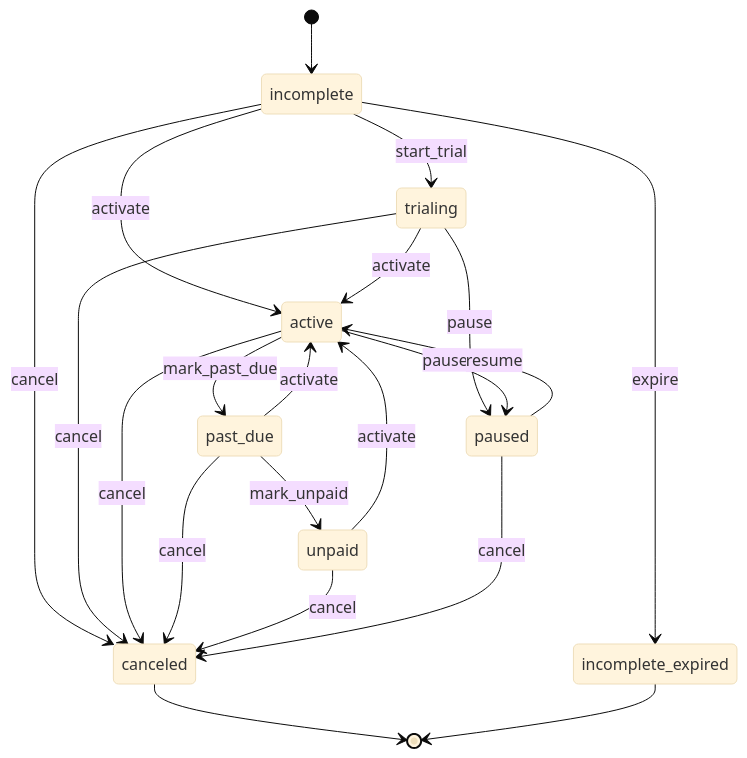
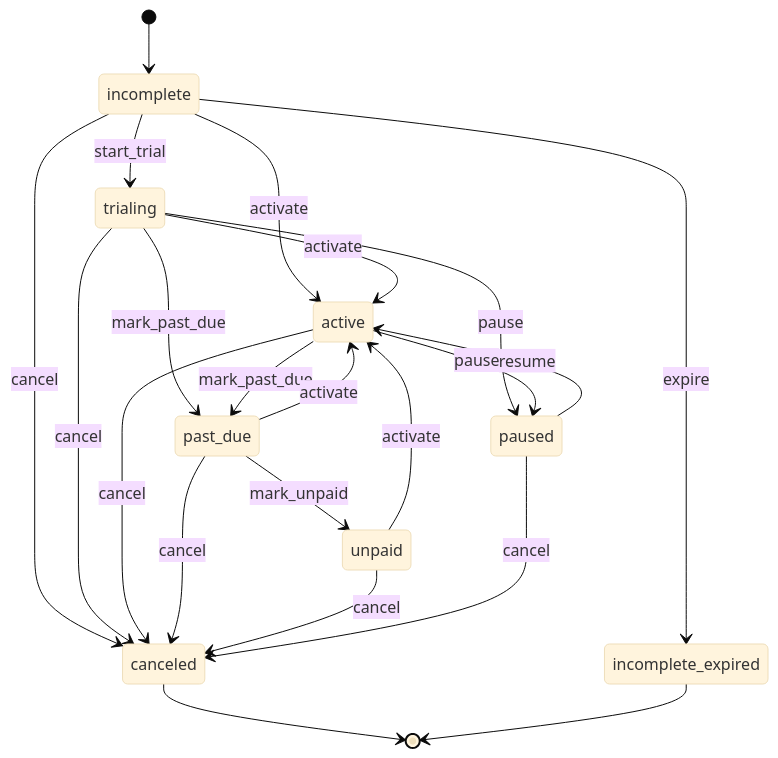
One commit to akira-io/payable changed the first of 4 diagrams in docs/domain/07-state-machines.md. Above: the diagram before and after it, drawn with Mermaid (base theme). The commit also changed other lines of this file, not shown here.

Commit message:
docs(states): document the trialing to past_due transition

````diff
--- a/docs/domain/07-state-machines.md
+++ b/docs/domain/07-state-machines.md
@@ -78,23 +79,24 @@
 ```mermaid
 stateDiagram-v2
   [*] --> incomplete
   incomplete --> trialing: start_trial
   incomplete --> active: activate
   incomplete --> incomplete_expired: expire
   incomplete --> canceled: cancel
   trialing --> active: activate
+  trialing --> past_due: mark_past_due
   trialing --> paused: pause
   trialing --> canceled: cancel
   active --> past_due: mark_past_due
   active --> paused: pause
   active --> canceled: cancel
   past_due --> active: activate
   past_due --> unpaid: mark_unpaid
   past_due --> canceled: cancel
   unpaid --> active: activate
   unpaid --> canceled: cancel
   paused --> active: resume
   paused --> canceled: cancel
   canceled --> [*]
   incomplete_expired --> [*]
 ```
````
